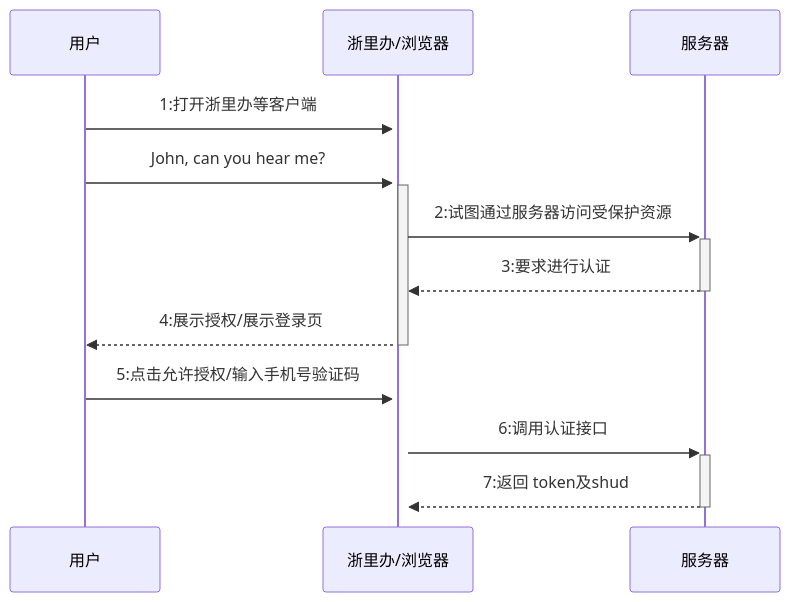
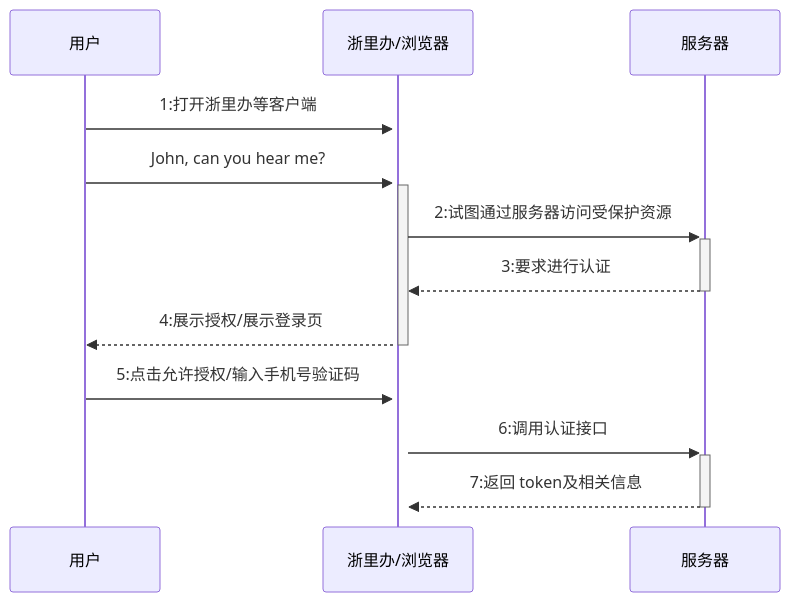
Before and after one commit to fifuntop/iodraw-files: the diagram in all/居民端时序图.md, drawn with Mermaid.

Commit message:
2024-03-14 15:19:25 update

````diff
--- a/all/居民端时序图.md
+++ b/all/居民端时序图.md
@@ -1,12 +1,12 @@
 ```mermaid
 sequenceDiagram
     用户->>+浙里办/浏览器: 1:打开浙里办等客户端
     用户->>+浙里办/浏览器: John, can you hear me?
     浙里办/浏览器->>+服务器: 2:试图通过服务器访问受保护资源
     服务器-->>-浙里办/浏览器: 3:要求进行认证
     浙里办/浏览器-->>-用户: 4:展示授权/展示登录页
     用户->>+浙里办/浏览器: 5:点击允许授权/输入手机号验证码
     浙里办/浏览器->>+服务器: 6:调用认证接口
-    服务器-->>-浙里办/浏览器: 7:返回 token及shud
+    服务器-->>-浙里办/浏览器: 7:返回 token及相关信息
             
 ```
````
